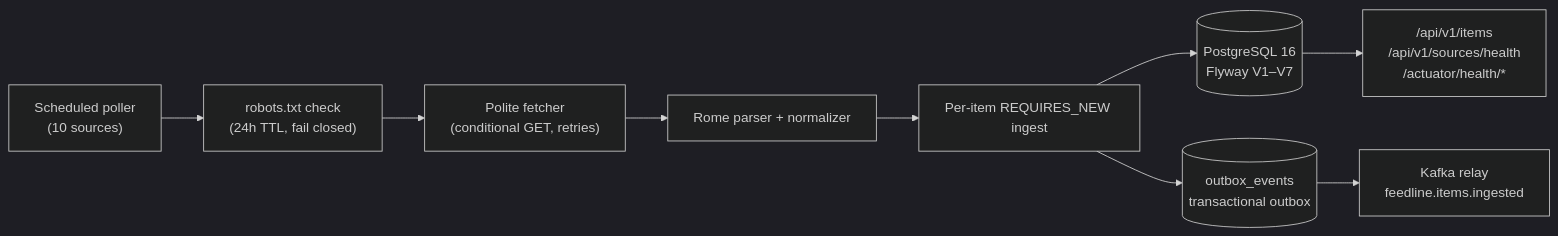
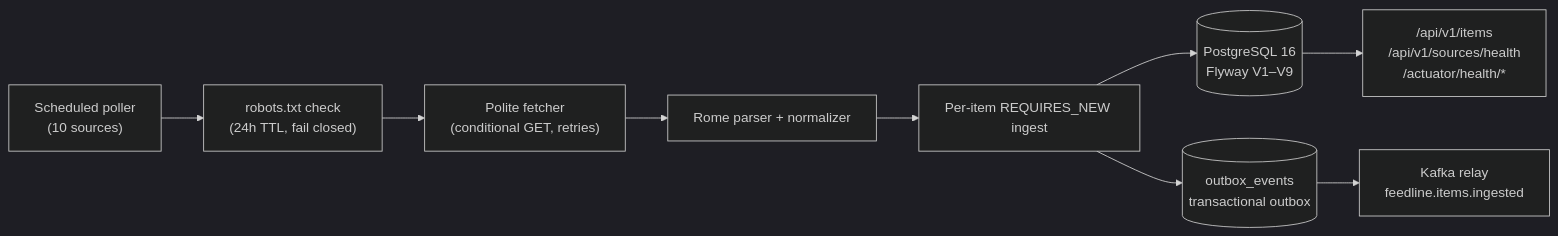
Before and after one commit to kopekijay11-hub/feedline: the diagram in README.md, drawn with Mermaid (dark theme). The commit also changed other lines of this file and 14 other files, not shown here.

````diff
--- a/README.md
+++ b/README.md
@@ -49,11 +49,11 @@
 ```mermaid
 flowchart LR
     S["Scheduled poller<br/>(10 sources)"] --> R["robots.txt check<br/>(24h TTL, fail closed)"]
     R --> F["Polite fetcher<br/>(conditional GET, retries)"]
     F --> P["Rome parser + normalizer"]
     P --> I["Per-item REQUIRES_NEW ingest"]
-    I --> DB[("PostgreSQL 16<br/>Flyway V1–V7")]
+    I --> DB[("PostgreSQL 16<br/>Flyway V1–V9")]
     I --> O[("outbox_events<br/>transactional outbox")]
     O --> K["Kafka relay<br/>feedline.items.ingested"]
     DB --> A["/api/v1/items<br/>/api/v1/sources/health<br/>/actuator/health/*"]
 ```
````
